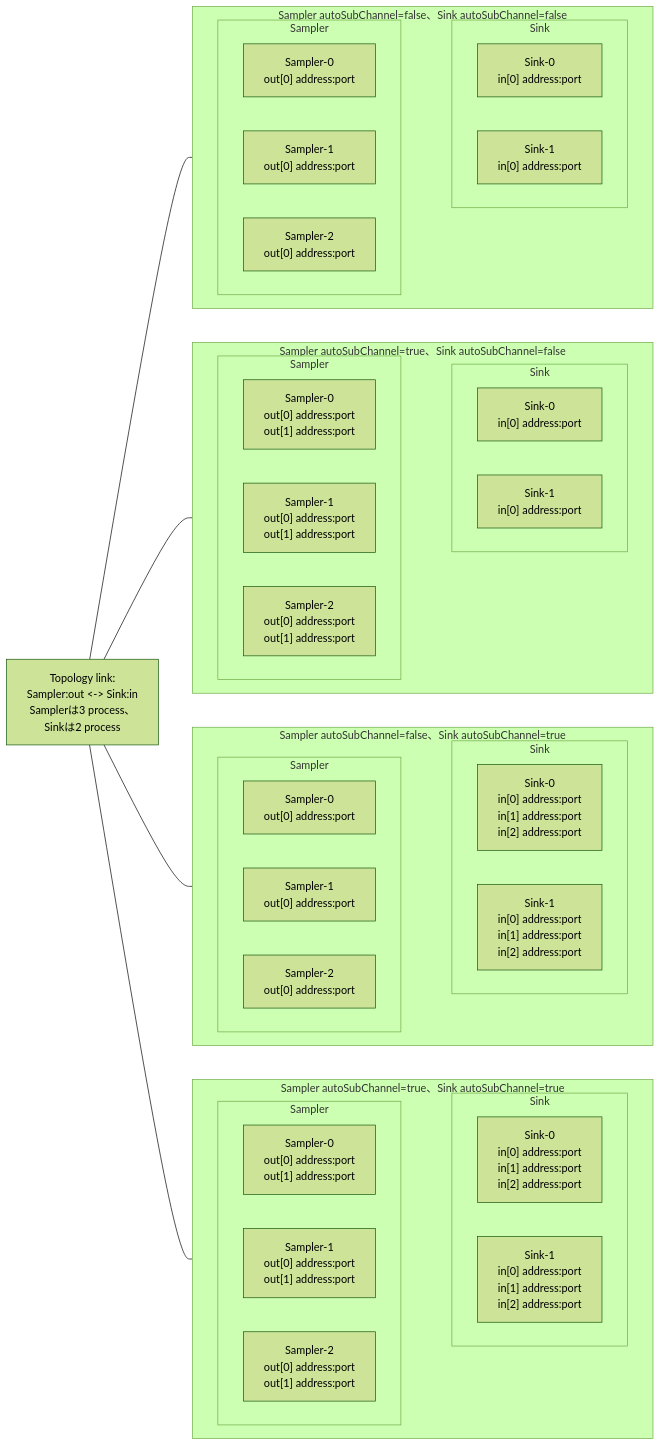
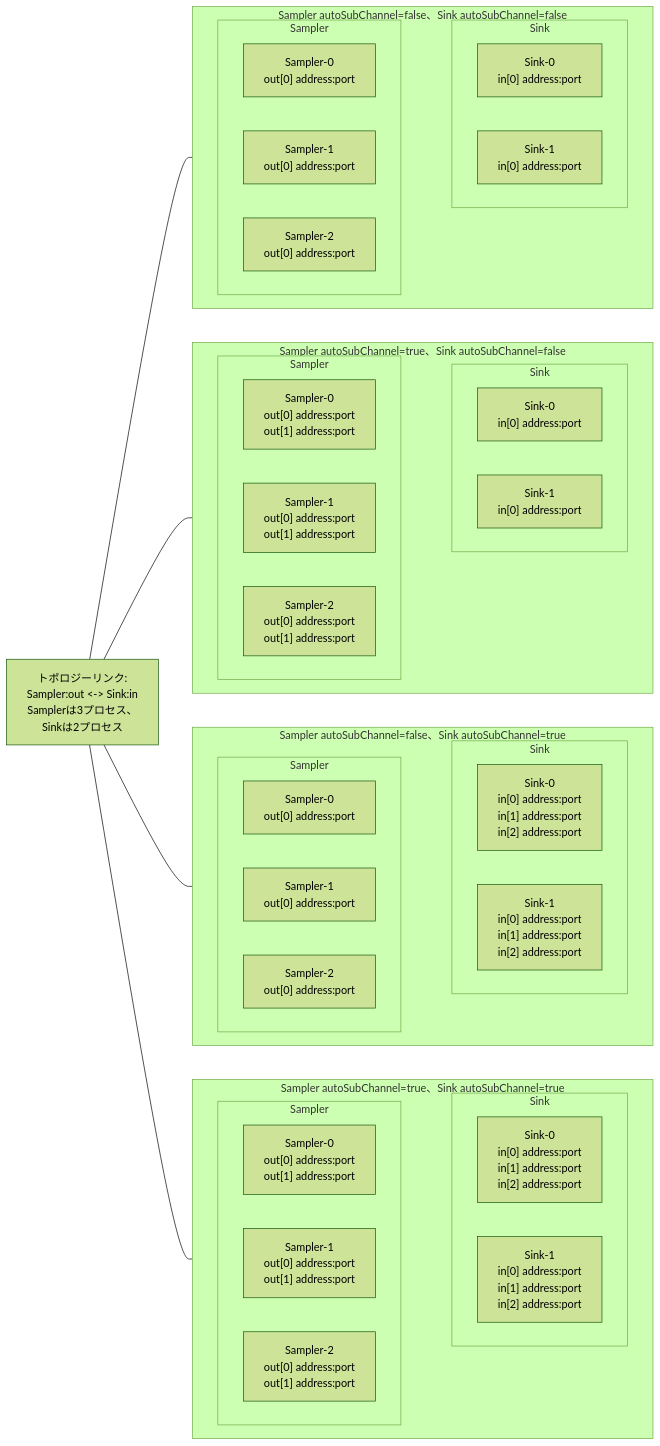
Before and after one commit to tntakahashi/nestdaq: the first of 3 diagrams in plugins/README.ja.md, drawn with Mermaid (forest theme). The commit also changed other lines of this file and 15 other files, not shown here.

````diff
--- a/plugins/README.ja.md
+++ b/plugins/README.ja.md
@@ -251,65 +251,65 @@
 ```mermaid
 flowchart LR
-    Topology["Topology link: <br/> Sampler:out <-> Sink:in<br/>Samplerは3 process、<br/> Sinkは2 process"]
+    Topology["トポロジーリンク: <br/> Sampler:out <-> Sink:in<br/>Samplerは3プロセス、<br/> Sinkは2プロセス"]
 
     subgraph CaseFF["Sampler autoSubChannel=false、Sink autoSubChannel=false"]
         direction LR
         subgraph SFF["Sampler"]
             SFF0["Sampler-1<br/>out[0] address:port"]
             SFF1["Sampler-2<br/>out[0] address:port"]
             SFF2["Sampler-0<br/>out[0] address:port"]
         end
         subgraph KFF["Sink"]
             KFF0["Sink-0<br/>in[0] address:port"]
             KFF1["Sink-1<br/>in[0] address:port"]
         end
         SFF2 ~~~ KFF0
     end
 
     subgraph CaseTF["Sampler autoSubChannel=true、Sink autoSubChannel=false"]
         direction LR
         subgraph STF["Sampler"]
             STF0["Sampler-1<br/>out[0] address:port<br/>out[1] address:port"]
             STF1["Sampler-2<br/>out[0] address:port<br/>out[1] address:port"]
             STF2["Sampler-0<br/>out[0] address:port<br/>out[1] address:port"]
         end
         subgraph KTF["Sink"]
             KTF0["Sink-0<br/>in[0] address:port"]
             KTF1["Sink-1<br/>in[0] address:port"]
         end
         STF2 ~~~ KTF0
     end
 
     subgraph CaseFT["Sampler autoSubChannel=false、Sink autoSubChannel=true"]
         direction LR
         subgraph SFT["Sampler"]
             SFT0["Sampler-1<br/>out[0] address:port"]
             SFT1["Sampler-2<br/>out[0] address:port"]
             SFT2["Sampler-0<br/>out[0] address:port"]
         end
         subgraph KFT["Sink"]
             KFT0["Sink-0<br/>in[0] address:port<br/>in[1] address:port<br/>in[2] address:port"]
             KFT1["Sink-1<br/>in[0] address:port<br/>in[1] address:port<br/>in[2] address:port"]
         end
         SFT2 ~~~ KFT0
     end
 
     subgraph CaseTT["Sampler autoSubChannel=true、Sink autoSubChannel=true"]
         direction LR
         subgraph STT["Sampler"]
             STT0["Sampler-1<br/>out[0] address:port<br/>out[1] address:port"]
             STT1["Sampler-2<br/>out[0] address:port<br/>out[1] address:port"]
             STT2["Sampler-0<br/>out[0] address:port<br/>out[1] address:port"]
         end
         subgraph KTT["Sink"]
             KTT0["Sink-0<br/>in[0] address:port<br/>in[1] address:port<br/>in[2] address:port"]
             KTT1["Sink-1<br/>in[0] address:port<br/>in[1] address:port<br/>in[2] address:port"]
         end
         STT2 ~~~ KTT0
     end
 
     Topology --- CaseFF
     Topology --- CaseTF
     Topology --- CaseFT
     Topology --- CaseTT
 ```
````
